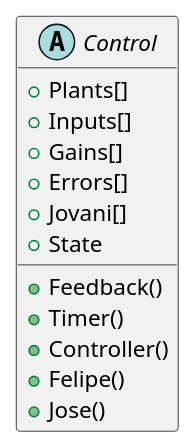
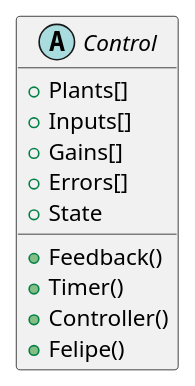
The diagram in PlantUML design/ThreeMonkeys.puml (JERL88/Prueba), drawn with PlantUML before and after one commit.

```diff
--- a/PlantUML design/ThreeMonkeys.puml
+++ b/PlantUML design/ThreeMonkeys.puml
@@ -1,22 +1,21 @@
 @startuml
 
 abstract Control{
 
     +Plants[]
     +Inputs[]
     +Gains[]
     +Errors[]
-    +Jovani[]
     +State
     +Feedback() 
     +Timer()
     +Controller()
     +Felipe()   
-    +Jose()
+
     
 }
 
 
 
 
 @enduml
```
